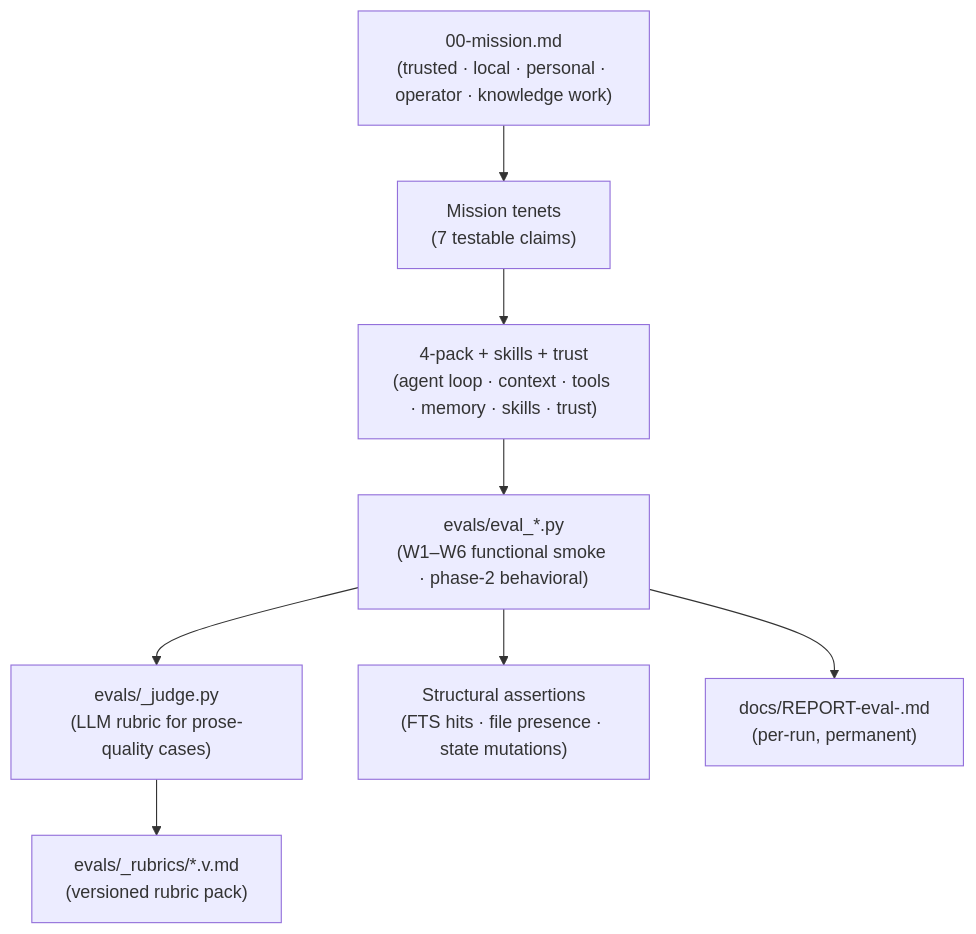
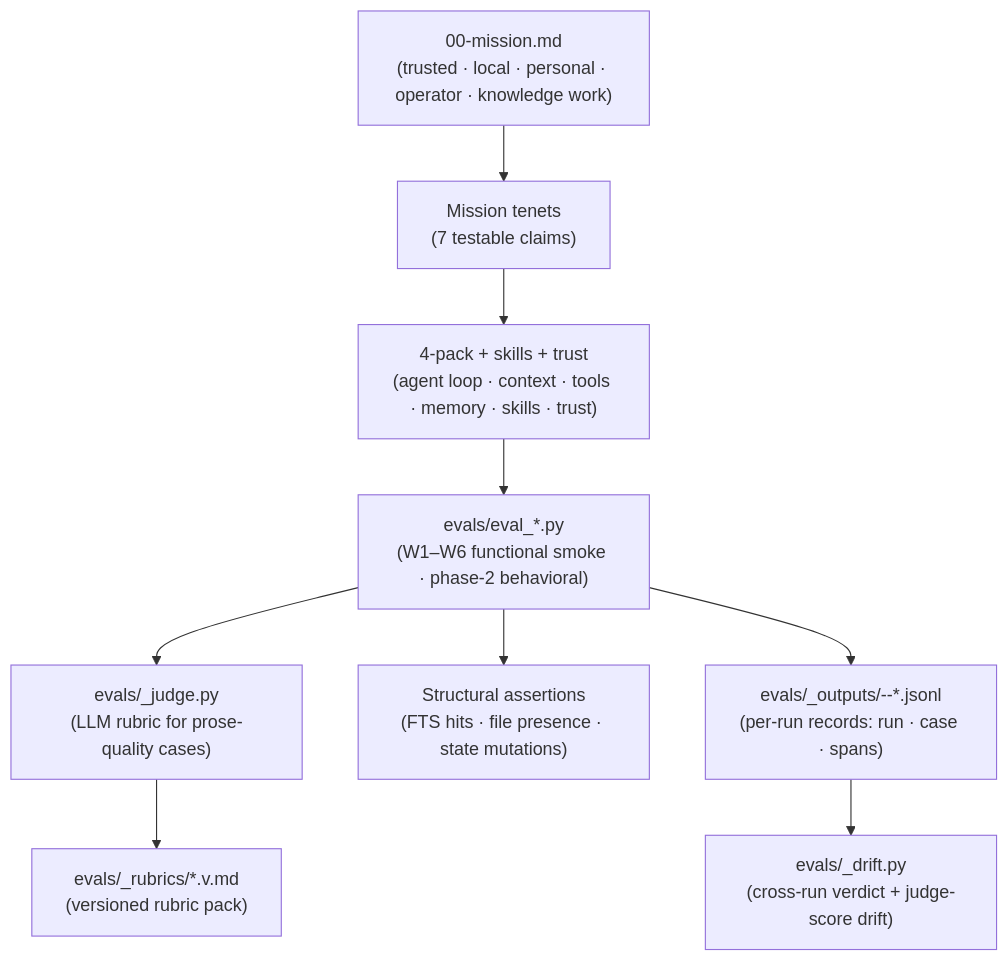
Before and after one commit to binlecode/co-cli: the diagram in docs/specs/uat_evals.md, drawn with Mermaid. The commit also changed other lines of this file and 39 other files, not shown here.

First line of the commit message:
refactor: v0.8.336 — drop eval markdown REPORTs; flat _outputs/ layout; drift reads JSONL

````diff
--- a/docs/specs/uat_evals.md
+++ b/docs/specs/uat_evals.md
@@ -9,11 +9,12 @@
 ```mermaid
 flowchart TD
     Mission["00-mission.md\n(trusted · local · personal · operator · knowledge work)"]
     Mission --> Tenets["Mission tenets\n(7 testable claims)"]
     Tenets --> Components["4-pack + skills + trust\n(agent loop · context · tools · memory · skills · trust)"]
     Components --> Evals["evals/eval_*.py\n(W1–W6 functional smoke · phase-2 behavioral)"]
     Evals --> Judge["evals/_judge.py\n(LLM rubric for prose-quality cases)"]
     Evals --> Structural["Structural assertions\n(FTS hits · file presence · state mutations)"]
-    Evals --> Reports["docs/REPORT-eval-<scenario>.md\n(per-run, permanent)"]
+    Evals --> Outputs["evals/_outputs/<scenario>-<ts>-*.jsonl\n(per-run records: run · case · spans)"]
+    Outputs --> Drift["evals/_drift.py\n(cross-run verdict + judge-score drift)"]
     Judge --> Rubrics["evals/_rubrics/*.v<N>.md\n(versioned rubric pack)"]
 ```
````
